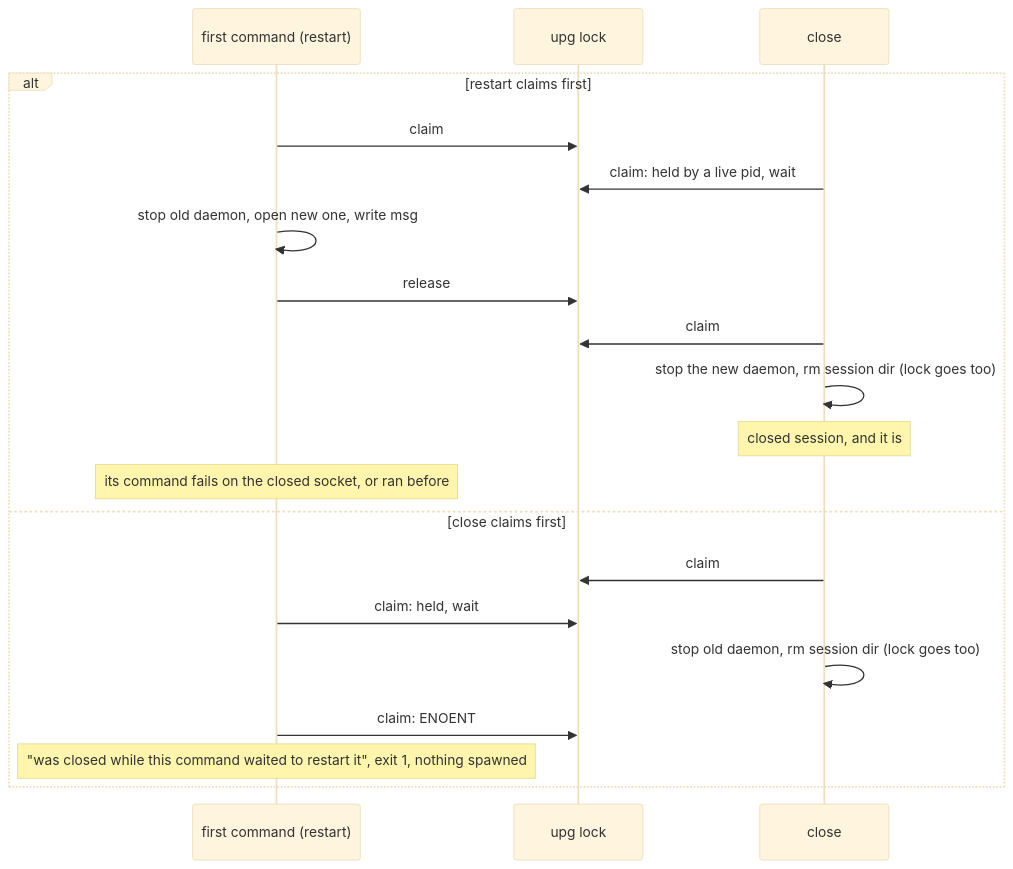
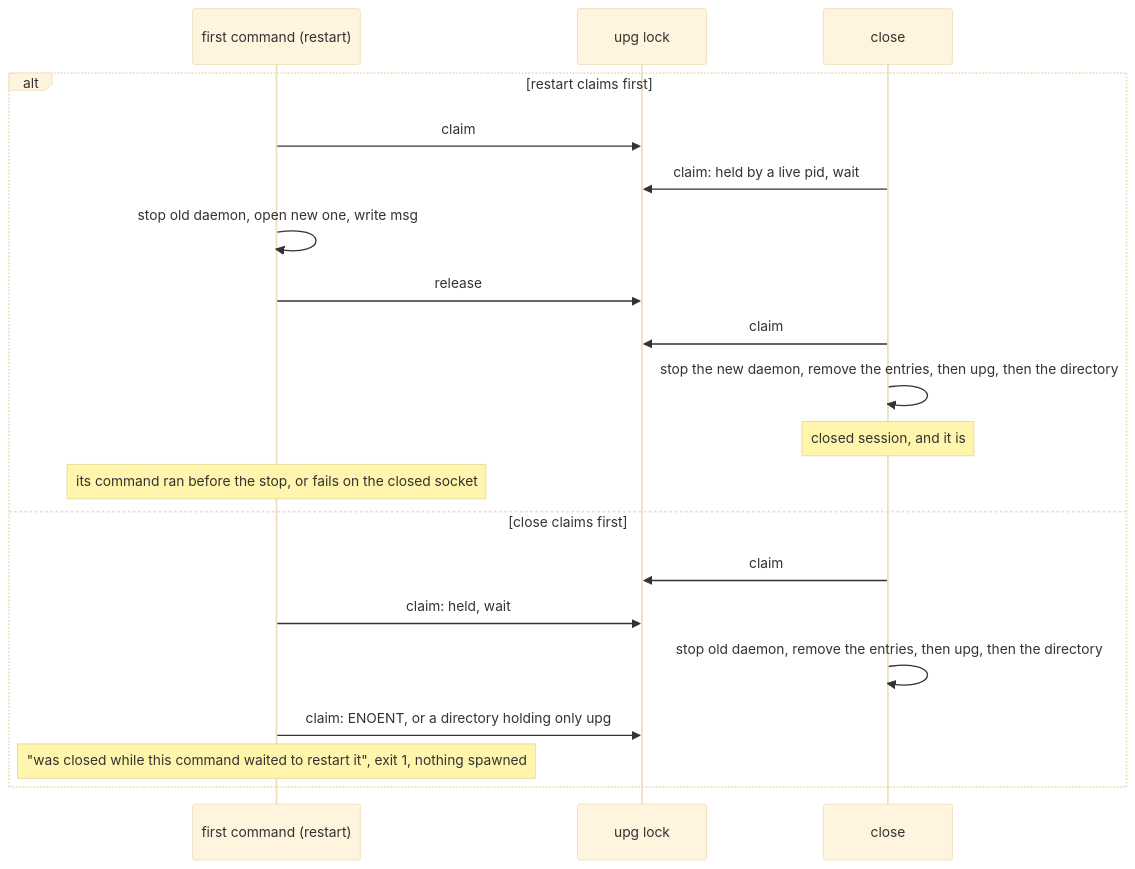
Before and after one commit to drakulavich/bowser: the first of 2 diagrams in docs/superpowers/specs/2026-10-14-restart-close-notice-design.md, drawn with Mermaid (base theme). The commit also changed other lines of this file, not shown here.

First line of the commit message:
docs(spec): read the notice once per command, also on a dead session, and keep close's lock until last (#159 review)

````diff
--- a/docs/superpowers/specs/2026-10-14-restart-close-notice-design.md
+++ b/docs/superpowers/specs/2026-10-14-restart-close-notice-design.md
@@ -69,22 +73,22 @@
 ```mermaid
 sequenceDiagram
   participant R as first command (restart)
   participant L as upg lock
   participant C as close
   alt restart claims first
     R->>L: claim
     C->>L: claim: held by a live pid, wait
     R->>R: stop old daemon, open new one, write msg
     R->>L: release
     C->>L: claim
-    C->>C: stop the new daemon, rm session dir (lock goes too)
+    C->>C: stop the new daemon, remove the entries, then upg, then the directory
     Note over C: closed session, and it is
-    Note over R: its command fails on the closed socket, or ran before
+    Note over R: its command ran before the stop, or fails on the closed socket
   else close claims first
     C->>L: claim
     R->>L: claim: held, wait
-    C->>C: stop old daemon, rm session dir (lock goes too)
-    R->>L: claim: ENOENT
+    C->>C: stop old daemon, remove the entries, then upg, then the directory
+    R->>L: claim: ENOENT, or a directory holding only upg
     Note over R: "was closed while this command waited to restart it", exit 1, nothing spawned
   end
 ```
````
